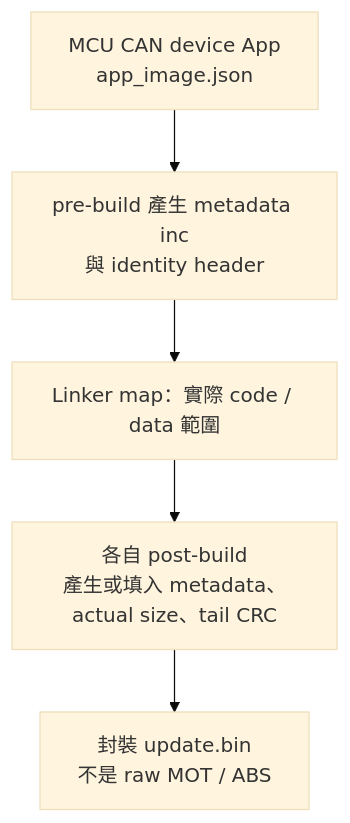
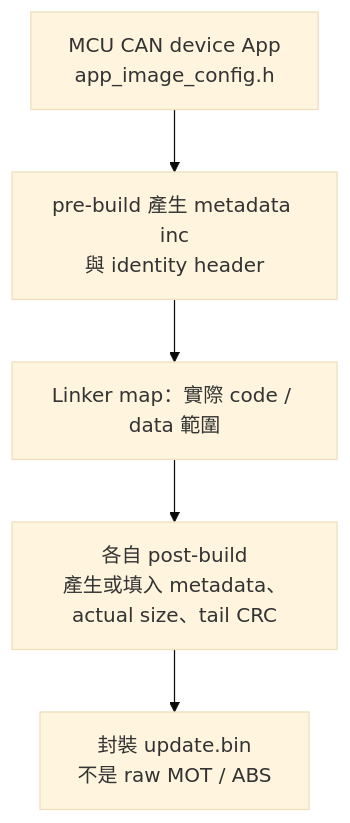
One commit to released/slide_boot_loader_for_RL78 changed the fourth of 8 diagrams in index.md. Above: the diagram before and after it, drawn with Mermaid (base theme). The commit also changed other lines of this file and 3 other files, not shown here.

````diff
--- a/index.md
+++ b/index.md
@@ -338,7 +380,7 @@
 ```mermaid
 flowchart TD
-    JSON["MCU CAN device App<br/>app_image.json"] --> PRE["pre-build 產生 metadata inc<br/>與 identity header"]
+    CONFIG["MCU CAN device App<br/>app_image_config.h"] --> PRE["pre-build 產生 metadata inc<br/>與 identity header"]
     PRE --> LINK["Linker map：實際 code / data 範圍"]
     LINK --> PACK["各自 post-build<br/>產生或填入 metadata、actual size、tail CRC"]
     PACK --> BIN["封裝 update.bin<br/>不是 raw MOT / ABS"]
 ```
````
